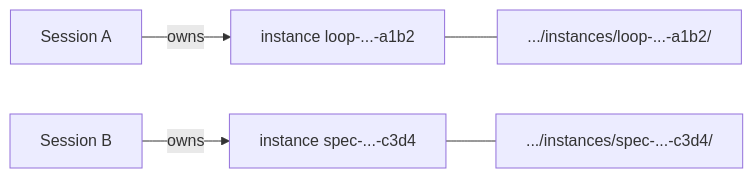
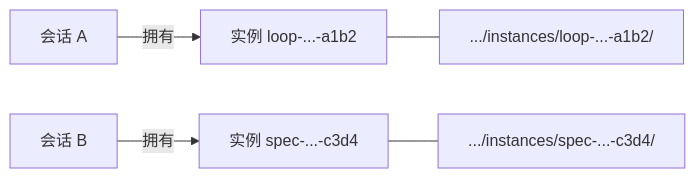
Before and after one commit to 534529531/ralph-flow: the third of 3 diagrams in docs/how-it-works.md, drawn with Mermaid. The commit also changed other lines of this file and 20 other files, not shown here.

````diff
--- a/docs/how-it-works.md
+++ b/docs/how-it-works.md
@@ -135,7 +134,7 @@
 ```mermaid
 flowchart LR
-    S1["Session A"] -->|owns| I1["instance loop-...-a1b2"]
-    S2["Session B"] -->|owns| I2["instance spec-...-c3d4"]
+    S1["会话 A"] -->|拥有| I1["实例 loop-...-a1b2"]
+    S2["会话 B"] -->|拥有| I2["实例 spec-...-c3d4"]
     I1 --- D1[".../instances/loop-...-a1b2/"]
     I2 --- D2[".../instances/spec-...-c3d4/"]
 ```
````
